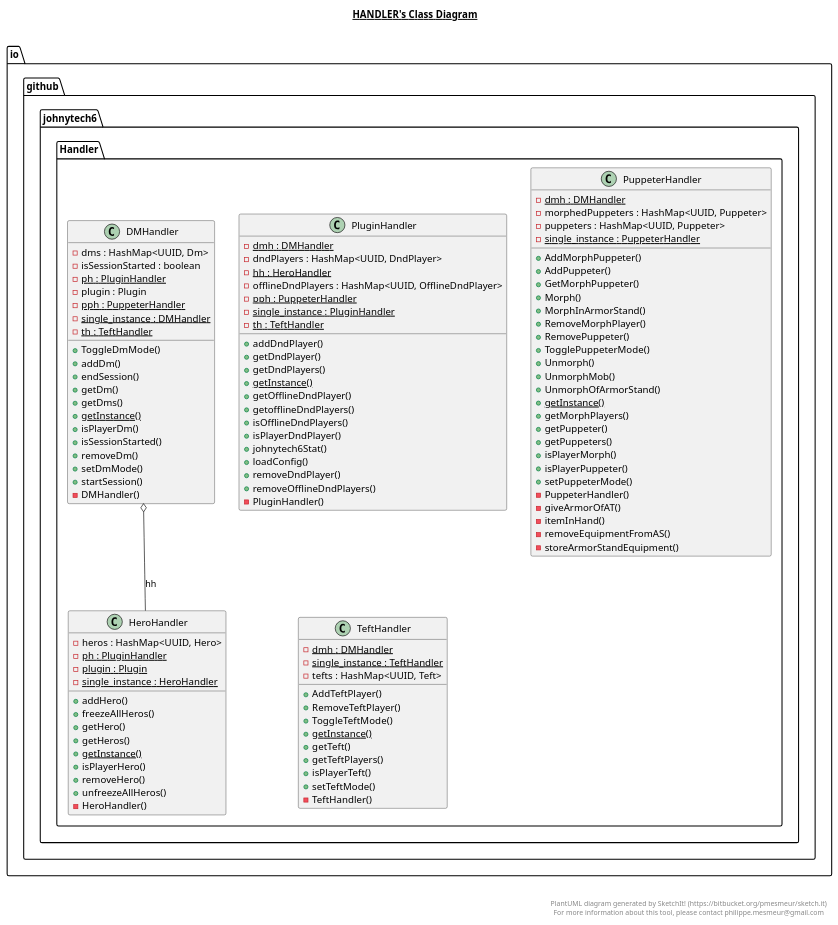
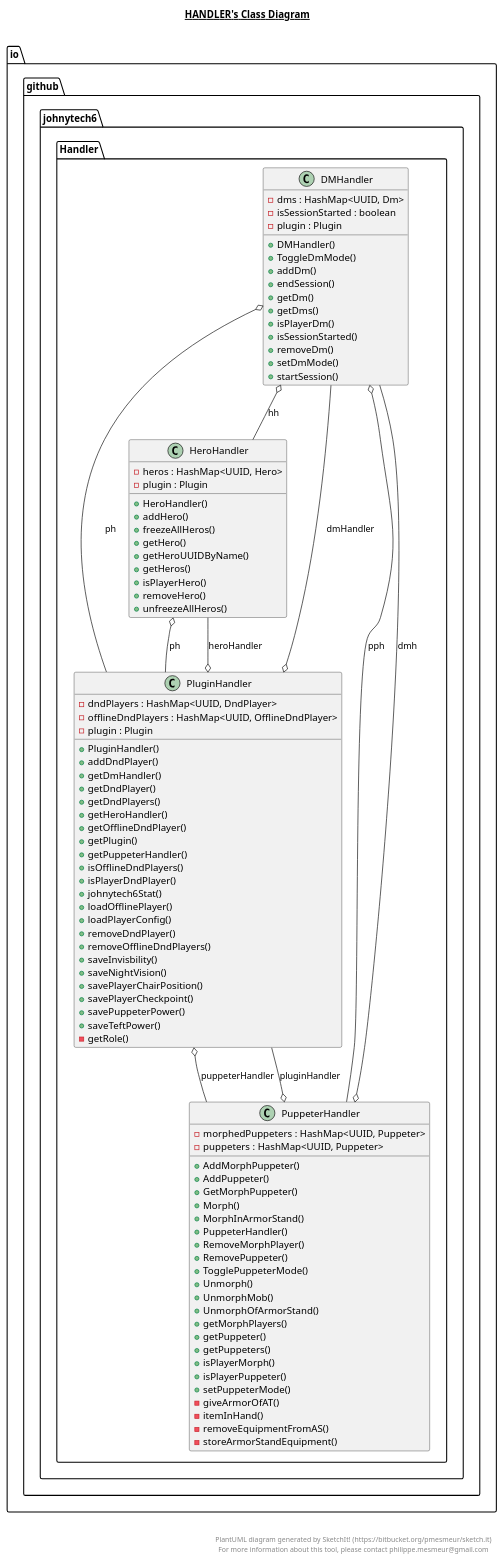
The diagram in src/main/java/io/github/johnytech6/Handler/Handler.plantuml (Jean-Lamarre/Johnytech6s_Plugin), drawn with PlantUML before and after one commit. The commit also changed 42 other files, not shown here.

```diff
--- a/src/main/java/io/github/johnytech6/Handler/Handler.plantuml
+++ b/src/main/java/io/github/johnytech6/Handler/Handler.plantuml
@@ -1,126 +1,130 @@
 @startuml
 
 title __HANDLER's Class Diagram__\n
 
   namespace io.github.johnytech6 {
     namespace Handler {
       class io.github.johnytech6.Handler.DMHandler {
           - dms : HashMap<UUID, Dm>
           - isSessionStarted : boolean
-          {static} - ph : PluginHandler
           - plugin : Plugin
-          {static} - pph : PuppeterHandler
-          {static} - single_instance : DMHandler
-          {static} - th : TeftHandler
+          + DMHandler()
           + ToggleDmMode()
           + addDm()
           + endSession()
           + getDm()
           + getDms()
-          {static} + getInstance()
           + isPlayerDm()
           + isSessionStarted()
           + removeDm()
           + setDmMode()
           + startSession()
-          - DMHandler()
       }
+    }
+  }
+  
 
+  namespace io.github.johnytech6 {
+    namespace Handler {
       class io.github.johnytech6.Handler.HeroHandler {
           - heros : HashMap<UUID, Hero>
-          {static} - ph : PluginHandler
-          {static} - plugin : Plugin
-          {static} - single_instance : HeroHandler
+          - plugin : Plugin
+          + HeroHandler()
           + addHero()
           + freezeAllHeros()
           + getHero()
+          + getHeroUUIDByName()
           + getHeros()
-          {static} + getInstance()
           + isPlayerHero()
           + removeHero()
           + unfreezeAllHeros()
-          - HeroHandler()
       }
+    }
+  }
+  
 
+  namespace io.github.johnytech6 {
+    namespace Handler {
       class io.github.johnytech6.Handler.PluginHandler {
-          {static} - dmh : DMHandler
           - dndPlayers : HashMap<UUID, DndPlayer>
-          {static} - hh : HeroHandler
           - offlineDndPlayers : HashMap<UUID, OfflineDndPlayer>
-          {static} - pph : PuppeterHandler
-          {static} - single_instance : PluginHandler
-          {static} - th : TeftHandler
+          - plugin : Plugin
+          + PluginHandler()
           + addDndPlayer()
+          + getDmHandler()
           + getDndPlayer()
           + getDndPlayers()
-          {static} + getInstance()
+          + getHeroHandler()
           + getOfflineDndPlayer()
-          + getofflineDndPlayers()
+          + getPlugin()
+          + getPuppeterHandler()
           + isOfflineDndPlayers()
           + isPlayerDndPlayer()
           + johnytech6Stat()
-          + loadConfig()
+          + loadOfflinePlayer()
+          + loadPlayerConfig()
           + removeDndPlayer()
           + removeOfflineDndPlayers()
-          - PluginHandler()
+          + saveInvisbility()
+          + saveNightVision()
+          + savePlayerChairPosition()
+          + savePlayerCheckpoint()
+          + savePuppeterPower()
+          + saveTeftPower()
+          - getRole()
       }
+    }
+  }
+  
 
+  namespace io.github.johnytech6 {
+    namespace Handler {
       class io.github.johnytech6.Handler.PuppeterHandler {
-          {static} - dmh : DMHandler
           - morphedPuppeters : HashMap<UUID, Puppeter>
           - puppeters : HashMap<UUID, Puppeter>
-          {static} - single_instance : PuppeterHandler
           + AddMorphPuppeter()
           + AddPuppeter()
           + GetMorphPuppeter()
           + Morph()
           + MorphInArmorStand()
+          + PuppeterHandler()
           + RemoveMorphPlayer()
           + RemovePuppeter()
           + TogglePuppeterMode()
           + Unmorph()
           + UnmorphMob()
           + UnmorphOfArmorStand()
-          {static} + getInstance()
           + getMorphPlayers()
           + getPuppeter()
           + getPuppeters()
           + isPlayerMorph()
           + isPlayerPuppeter()
           + setPuppeterMode()
-          - PuppeterHandler()
           - giveArmorOfAT()
           - itemInHand()
           - removeEquipmentFromAS()
           - storeArmorStandEquipment()
-      }
-
-      class io.github.johnytech6.Handler.TeftHandler {
-          {static} - dmh : DMHandler
-          {static} - single_instance : TeftHandler
-          - tefts : HashMap<UUID, Teft>
-          + AddTeftPlayer()
-          + RemoveTeftPlayer()
-          + ToggleTeftMode()
-          {static} + getInstance()
-          + getTeft()
-          + getTeftPlayers()
-          + isPlayerTeft()
-          + setTeftMode()
-          - TeftHandler()
       }
     }
   }
   
 
   io.github.johnytech6.Handler.DMHandler o-- io.github.johnytech6.Handler.HeroHandler : hh
+  io.github.johnytech6.Handler.DMHandler o-- io.github.johnytech6.Handler.PluginHandler : ph
+  io.github.johnytech6.Handler.DMHandler o-- io.github.johnytech6.Handler.PuppeterHandler : pph
+  io.github.johnytech6.Handler.HeroHandler o-- io.github.johnytech6.Handler.PluginHandler : ph
+  io.github.johnytech6.Handler.PluginHandler o-- io.github.johnytech6.Handler.DMHandler : dmHandler
+  io.github.johnytech6.Handler.PluginHandler o-- io.github.johnytech6.Handler.HeroHandler : heroHandler
+  io.github.johnytech6.Handler.PluginHandler o-- io.github.johnytech6.Handler.PuppeterHandler : puppeterHandler
+  io.github.johnytech6.Handler.PuppeterHandler o-- io.github.johnytech6.Handler.DMHandler : dmh
+  io.github.johnytech6.Handler.PuppeterHandler o-- io.github.johnytech6.Handler.PluginHandler : pluginHandler
 
 
 right footer
 
 
 PlantUML diagram generated by SketchIt! (https://bitbucket.org/pmesmeur/sketch.it)
 For more information about this tool, please contact philippe.mesmeur@gmail.com
 endfooter
 
 @enduml
```
